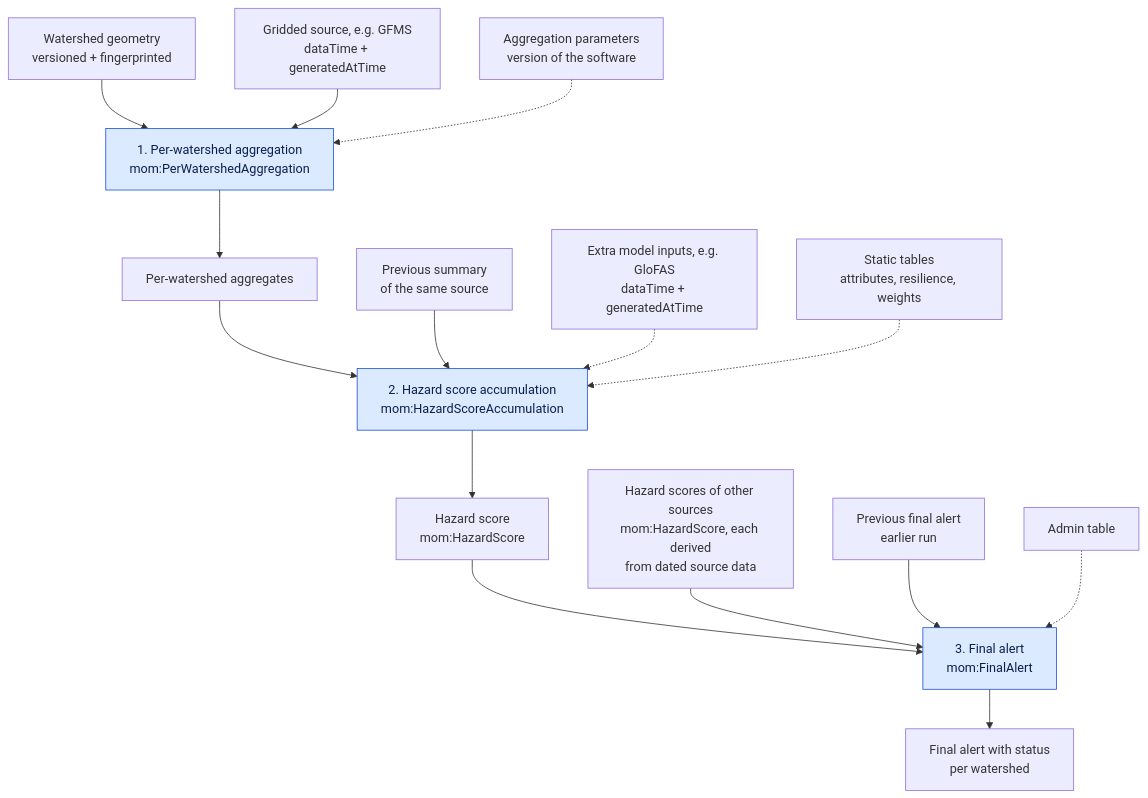
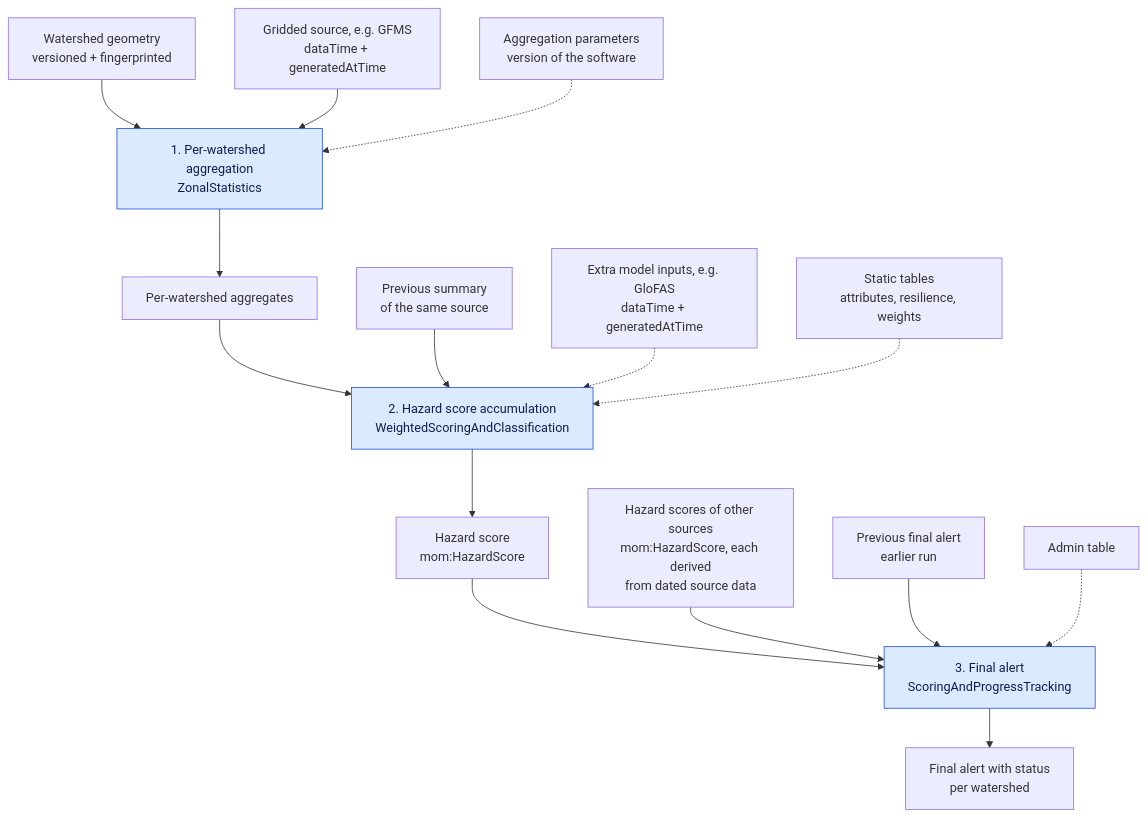
The first of 2 diagrams in docs/d001-rss-hydro-contribution.md (KatKatKateryna/ospd2026_bblocks-template), drawn with Mermaid before and after one commit. The commit also changed other lines of this file, not shown here.

Commit message:
D001: process types ZonalStatistics, WeightedScoringAndClassification, ScoringAndProgressTracking; processType

````diff
--- a/docs/d001-rss-hydro-contribution.md
+++ b/docs/d001-rss-hydro-contribution.md
@@ -96,19 +96,19 @@
 ```mermaid
 flowchart TD
   WS["Watershed geometry<br/>versioned + fingerprinted"] --> AGG
   SRC["Gridded source, e.g. GFMS<br/>dataTime + generatedAtTime"] --> AGG
   PAR["Aggregation parameters<br/>version of the software"] -.-> AGG
-  AGG["1. Per-watershed aggregation<br/>mom:PerWatershedAggregation"] --> AGR["Per-watershed aggregates"]
+  AGG["1. Per-watershed aggregation<br/>ZonalStatistics"] --> AGR["Per-watershed aggregates"]
   AGR --> HZ
   PREV["Previous summary<br/>of the same source"] --> HZ
   EXT["Extra model inputs, e.g. GloFAS<br/>dataTime + generatedAtTime"] -.-> HZ
   TBL["Static tables<br/>attributes, resilience, weights"] -.-> HZ
-  HZ["2. Hazard score accumulation<br/>mom:HazardScoreAccumulation"] --> SC["Hazard score<br/>mom:HazardScore"]
+  HZ["2. Hazard score accumulation<br/>WeightedScoringAndClassification"] --> SC["Hazard score<br/>mom:HazardScore"]
   SC --> FA
   OTH["Hazard scores of other sources<br/>mom:HazardScore, each derived<br/>from dated source data"] --> FA
   PFA["Previous final alert<br/>earlier run"] --> FA
   ADM["Admin table"] -.-> FA
-  FA["3. Final alert<br/>mom:FinalAlert"] --> OUT["Final alert with status<br/>per watershed"]
+  FA["3. Final alert<br/>ScoringAndProgressTracking"] --> OUT["Final alert with status<br/>per watershed"]
   classDef activity fill:#dbeafe,stroke:#1d4ed8,color:#0b1f4d
   class AGG,HZ,FA activity
 ```
````
